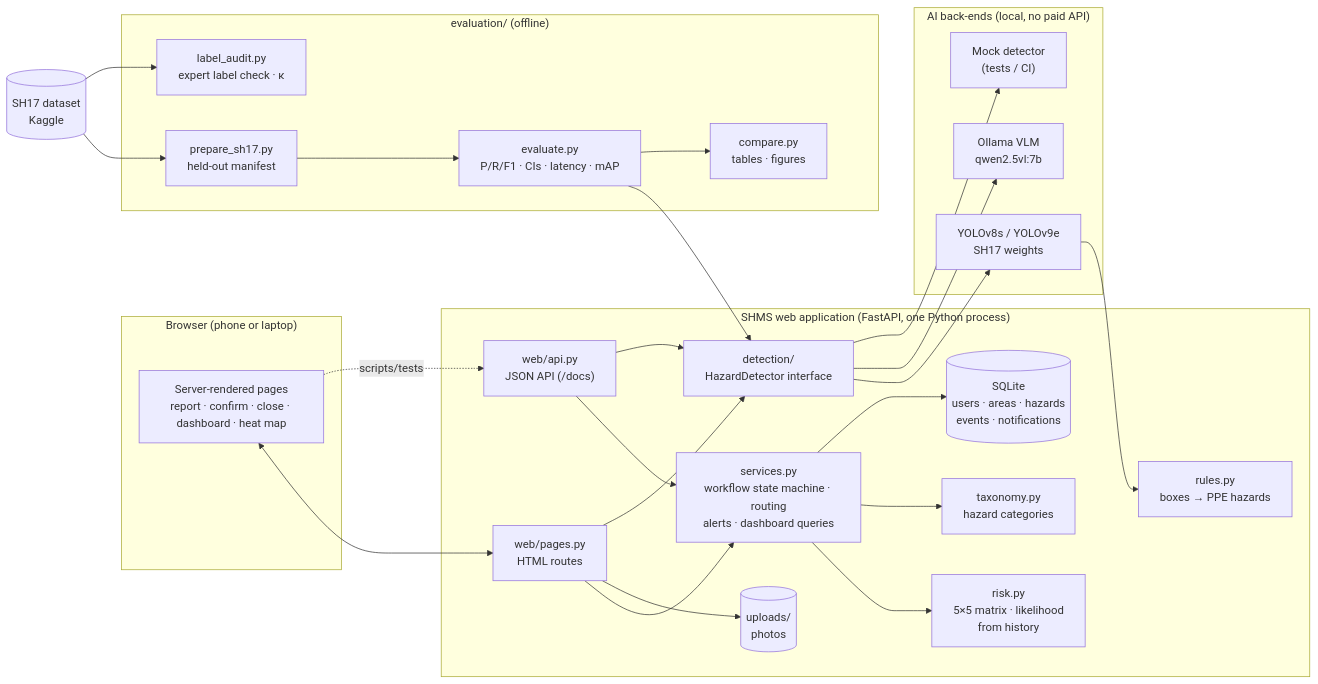
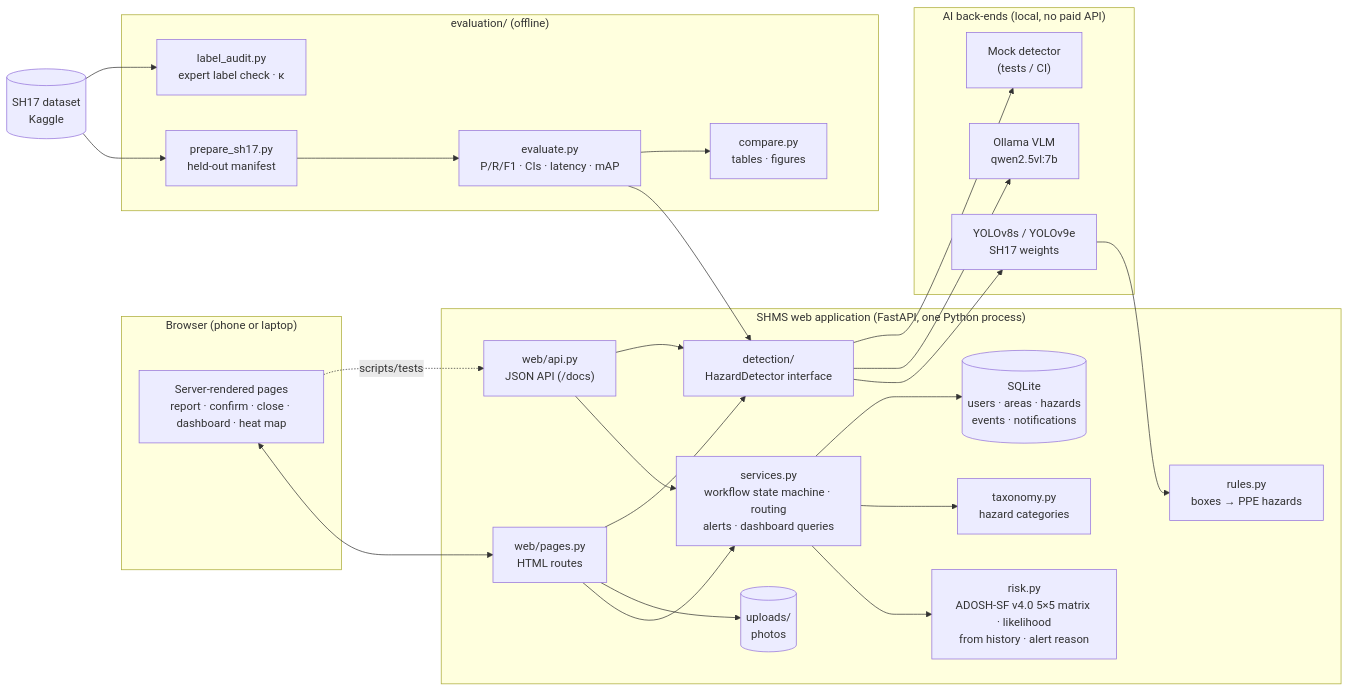
One commit to Hind2102/shms changed the diagram in docs/architecture.md. Above: the diagram before and after it, drawn with Mermaid. The commit also changed other lines of this file and 9 other files, not shown here.

````diff
--- a/docs/architecture.md
+++ b/docs/architecture.md
@@ -3,49 +3,49 @@
 ```mermaid
 flowchart LR
     subgraph Browser["Browser (phone or laptop)"]
         UI["Server-rendered pages<br/>report · confirm · close · dashboard · heat map"]
     end
 
     subgraph App["SHMS web application (FastAPI, one Python process)"]
         Pages["web/pages.py<br/>HTML routes"]
         API["web/api.py<br/>JSON API (/docs)"]
         Svc["services.py<br/>workflow state machine · routing<br/>alerts · dashboard queries"]
-        Risk["risk.py<br/>5×5 matrix · likelihood<br/>from history"]
+        Risk["risk.py<br/>ADOSH-SF v4.0 5×5 matrix · likelihood<br/>from history · alert reason"]
         Tax["taxonomy.py<br/>hazard categories"]
         Det["detection/<br/>HazardDetector interface"]
         Rules["rules.py<br/>boxes → PPE hazards"]
         DB[("SQLite<br/>users · areas · hazards<br/>events · notifications")]
         Files[("uploads/<br/>photos")]
     end
 
     subgraph AI["AI back-ends (local, no paid API)"]
         YOLO["YOLOv8s / YOLOv9e<br/>SH17 weights"]
         VLM["Ollama VLM<br/>qwen2.5vl:7b"]
         Mock["Mock detector<br/>(tests / CI)"]
     end
 
     subgraph Eval["evaluation/ (offline)"]
         Prep["prepare_sh17.py<br/>held-out manifest"]
         Ev["evaluate.py<br/>P/R/F1 · CIs · latency · mAP"]
         Cmp["compare.py<br/>tables · figures"]
         Aud["label_audit.py<br/>expert label check · κ"]
     end
 
     UI <--> Pages
     UI -. scripts/tests .-> API
     Pages --> Svc
     API --> Svc
     Svc --> Risk
     Svc --> Tax
     Svc --> DB
     Pages --> Files
     Pages --> Det
     API --> Det
     Det --> YOLO --> Rules
     Det --> VLM
     Det --> Mock
     Ev --> Det
     Prep --> Ev --> Cmp
     SH17[("SH17 dataset<br/>Kaggle")] --> Prep
     SH17 --> Aud
 ```
````
